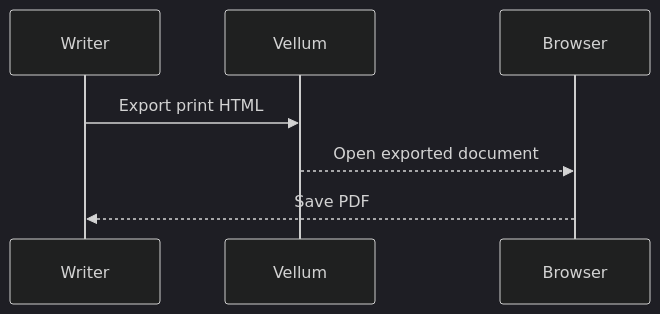
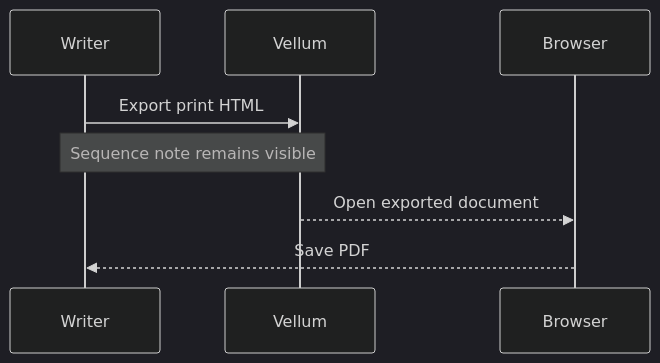
The second of 2 diagrams in docs/acceptance/longform.md (wzzc-dev/vellum), drawn with Mermaid (dark theme) before and after one commit. The commit also changed 3 other files, not shown here.

Commit message:
Support Mermaid sequence notes

````diff
--- a/docs/acceptance/longform.md
+++ b/docs/acceptance/longform.md
@@ -93,9 +93,10 @@
 ```mermaid
 sequenceDiagram
   participant Writer
   participant App as Vellum
   participant Browser
   Writer->>App: Export print HTML
+  Note over Writer,App: Sequence note remains visible
   App-->>Browser: Open exported document
   Browser-->>Writer: Save PDF
 ```
````
